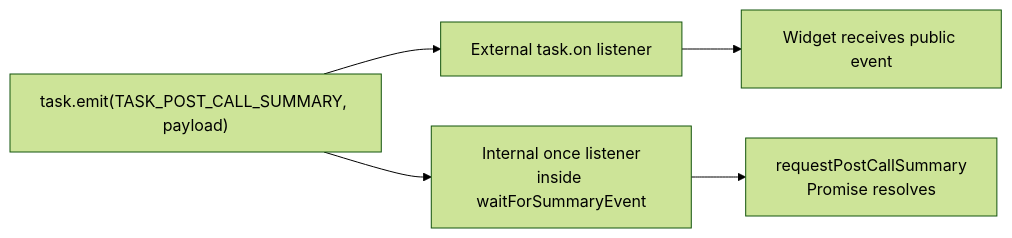
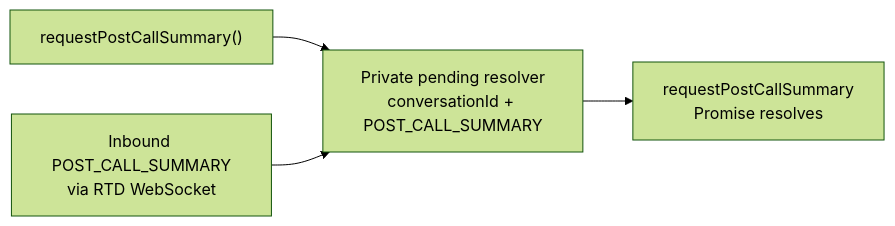
The third of 3 diagrams in ai-summary-postcall-flow.md (webex/webex-js-sdk), drawn with Mermaid (forest theme) before and after one commit. The commit also changed other lines of this file and 4 other files, not shown here.

````diff
--- a/ai-summary-postcall-flow.md
+++ b/ai-summary-postcall-flow.md
@@ -122,10 +126,9 @@
 ```mermaid
 flowchart LR
-  Emit["task.emit(TASK_POST_CALL_SUMMARY, payload)"]
-  External["External task.on listener"]
-  Widget["Widget receives public event"]
-  Internal["Internal once listener<br/>inside waitForSummaryEvent"]
+  Request["requestPostCallSummary()"]
+  Pending["Private pending resolver<br/>conversationId + POST_CALL_SUMMARY"]
+  Inbound["Inbound POST_CALL_SUMMARY<br/>via RTD WebSocket"]
   Promise["requestPostCallSummary<br/>Promise resolves"]
-  Emit --> External --> Widget
-  Emit --> Internal --> Promise
+  Request --> Pending
+  Inbound --> Pending --> Promise
 ```
````
